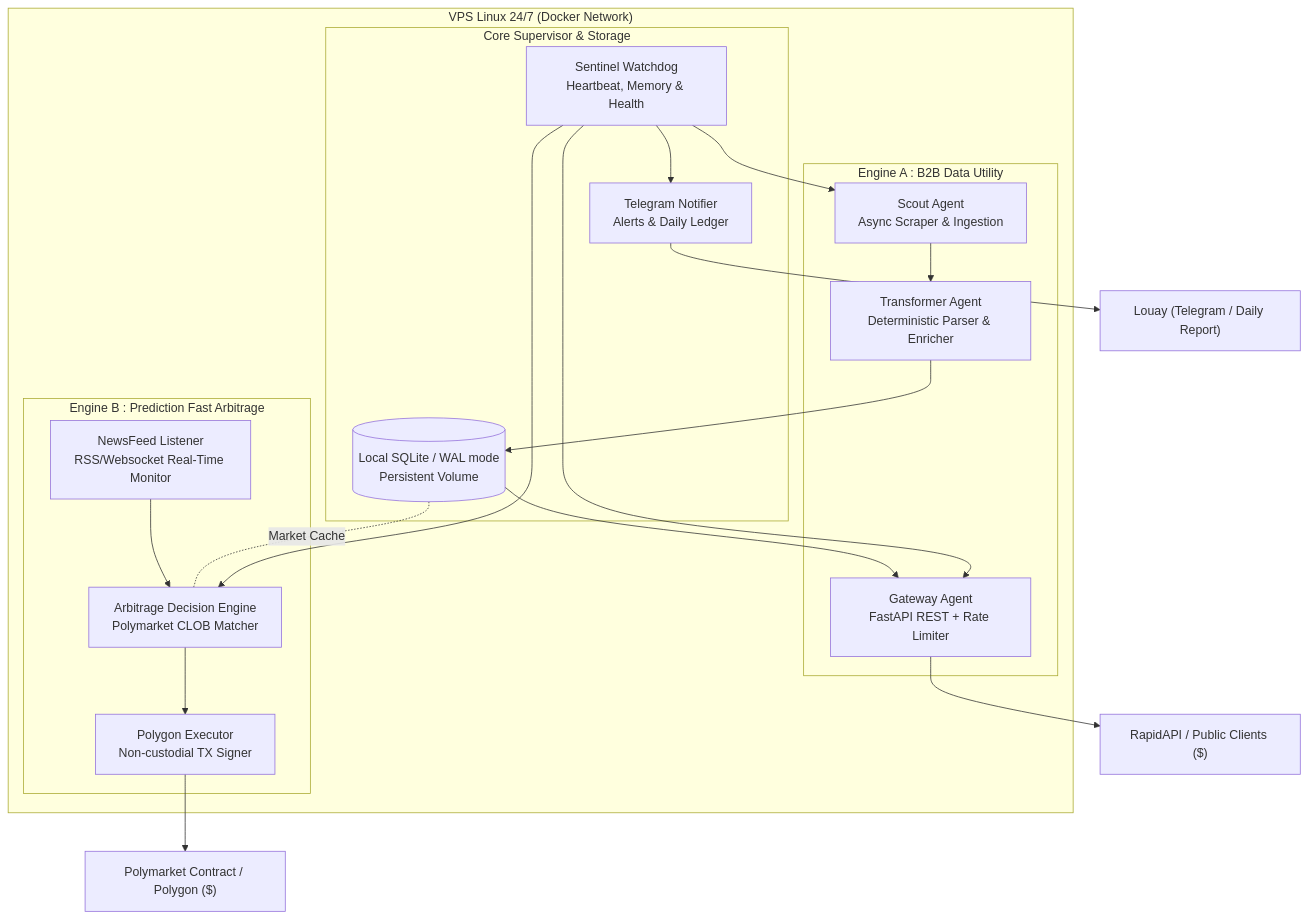
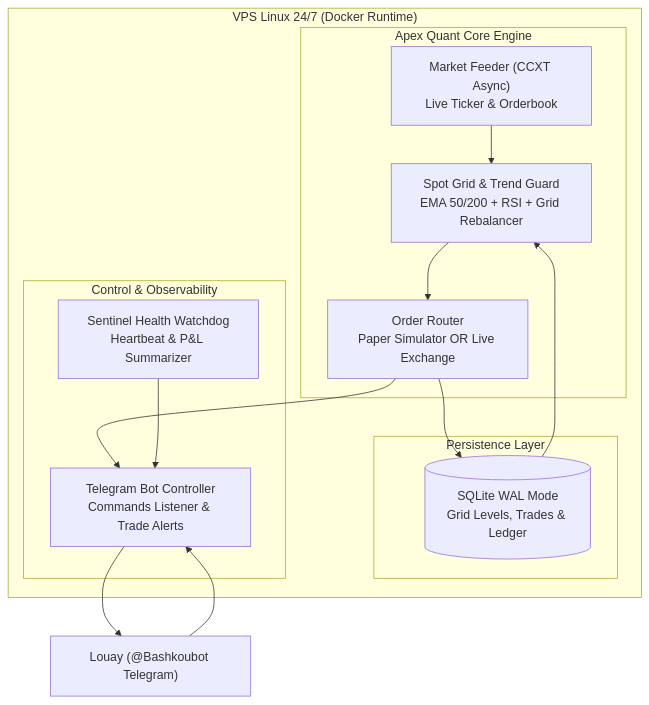
One commit to louaycodes/Autonomus-Agentic-Income changed the diagram in _bmad-output/planning-artifacts/architecture/ARCHITECTURE-SPINE.md. Above: the diagram before and after it, drawn with Mermaid. The commit also changed other lines of this file and 35 other files, not shown here.

Commit message:
feat(trading): complete autonomous quantitative spot grid trading agent with Telegram terminal

````diff
--- a/_bmad-output/planning-artifacts/architecture/ARCHITECTURE-SPINE.md
+++ b/_bmad-output/planning-artifacts/architecture/ARCHITECTURE-SPINE.md
@@ -17,32 +15,28 @@
 ```mermaid
 graph TD
-    subgraph Host["VPS Linux 24/7 (Docker Network)"]
-        subgraph EngineA["Engine A : B2B Data Utility"]
-            Scout["Scout Agent\nAsync Scraper & Ingestion"]
-            Transformer["Transformer Agent\nDeterministic Parser & Enricher"]
-            Gateway["Gateway Agent\nFastAPI REST + Rate Limiter"]
+    subgraph Host["VPS Linux 24/7 (Docker Runtime)"]
+        subgraph Engine["Apex Quant Core Engine"]
+            MarketFeeder["Market Feeder (CCXT Async)\nLive Ticker & Orderbook"]
+            Strategy["Spot Grid & Trend Guard\nEMA 50/200 + RSI + Grid Rebalancer"]
+            OrderRouter["Order Router\nPaper Simulator OR Live Exchange"]
         end
 
-        subgraph EngineB["Engine B : Prediction Fast Arbitrage"]
-            NewsFeed["NewsFeed Listener\nRSS/Websocket Real-Time Monitor"]
-            ArbitrageEngine["Arbitrage Decision Engine\nPolymarket CLOB Matcher"]
-            Executor["Polygon Executor\nNon-custodial TX Signer"]
+        subgraph Storage["Persistence Layer"]
+            DB[(SQLite WAL Mode\nGrid Levels, Trades & Ledger)]
         end
 
-        subgraph Core["Core Supervisor & Storage"]
-            DB[(Local SQLite / WAL mode\nPersistent Volume)]
-            Sentinel["Sentinel Watchdog\nHeartbeat, Memory & Health"]
-            Notifier["Telegram Notifier\nAlerts & Daily Ledger"]
+        subgraph Interface["Control & Observability"]
+            Bot["Telegram Bot Controller\nCommands Listener & Trade Alerts"]
+            Sentinel["Sentinel Health Watchdog\nHeartbeat & P&L Summarizer"]
         end
     end
 
-    Scout --> Transformer --> DB
-    DB --> Gateway --> RapidAPI["RapidAPI / Public Clients ($)"]
-    NewsFeed --> ArbitrageEngine
-    DB -. Market Cache .- ArbitrageEngine
-    ArbitrageEngine --> Executor --> Polymarket["Polymarket Contract / Polygon ($)"]
-    Sentinel --> Scout
-    Sentinel --> Gateway
-    Sentinel --> ArbitrageEngine
-    Sentinel --> Notifier --> Owner["Louay (Telegram / Daily Report)"]
+    MarketFeeder --> Strategy
+    Strategy --> OrderRouter
+    OrderRouter --> DB
+    DB --> Strategy
+    OrderRouter --> Bot
+    Bot --> Louay["Louay (@Bashkoubot Telegram)"]
+    Louay --> Bot
+    Sentinel --> Bot
 ```
````
